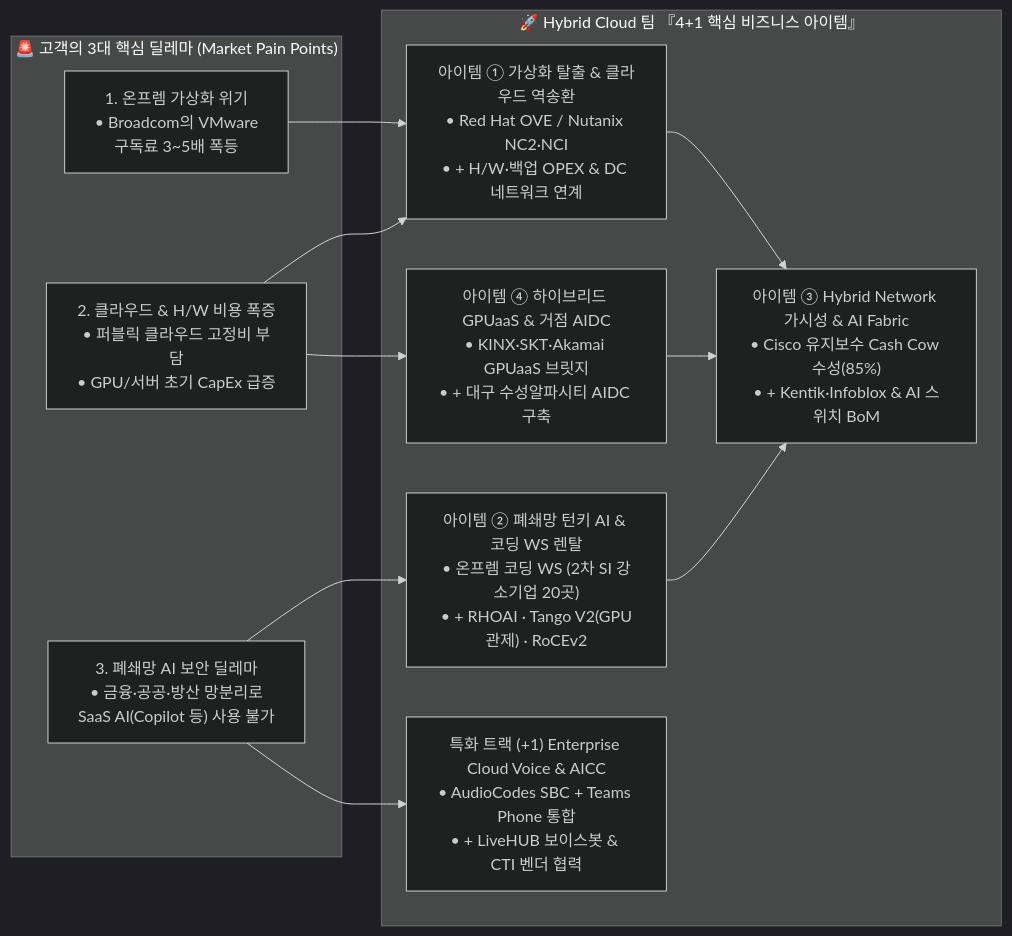
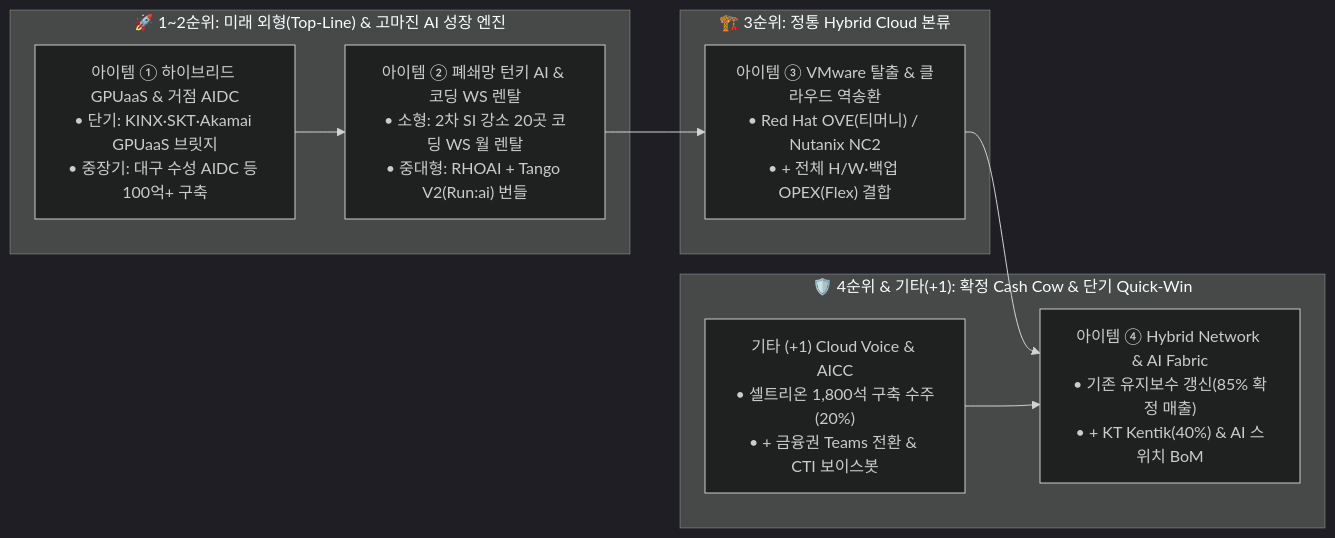
One commit to kesperinc/aifullstack_issu changed the diagram in docs/akamai_ncp/proposal/HYBRID_CLOUD_BUSINESS_PLAN_EXECUTIVE_4PLUS1.md. Above: the diagram before and after it, drawn with Mermaid (dark theme). The commit also changed other lines of this file and 5 other files, not shown here.

Commit message:
docs(proposal): reorder 4+1 flagship items (GPUaaS/AIDC -> Air-Gap AI -> VMware Exit -> Network -> Cloud Voice) with 3-Layer J-Curve forecast

````diff
--- a/docs/akamai_ncp/proposal/HYBRID_CLOUD_BUSINESS_PLAN_EXECUTIVE_4PLUS1.md
+++ b/docs/akamai_ncp/proposal/HYBRID_CLOUD_BUSINESS_PLAN_EXECUTIVE_4PLUS1.md
@@ -11,21 +18,19 @@
 ```mermaid
 flowchart LR
-    subgraph Pain["🚨 고객의 3대 핵심 딜레마 (Market Pain Points)"]
-        P1["1. 온프렘 가상화 위기<br/>• Broadcom의 VMware<br/>  구독료 3~5배 폭등"]
-        P2["2. 클라우드 & H/W 비용 폭증<br/>• 퍼블릭 클라우드 고정비 부담<br/>• GPU/서버 초기 CapEx 급증"]
-        P3["3. 폐쇄망 AI 보안 딜레마<br/>• 금융·공공·방산 망분리로<br/>  SaaS AI(Copilot 등) 사용 불가"]
+    subgraph Engine["🚀 1~2순위: 미래 외형(Top-Line) & 고마진 AI 성장 엔진"]
+        I1["아이템 ① 하이브리드 GPUaaS & 거점 AIDC<br/>• 단기: KINX·SKT·Akamai GPUaaS 브릿지<br/>• 중장기: 대구 수성 AIDC 등 100억+ 구축"]
+        I2["아이템 ② 폐쇄망 턴키 AI & 코딩 WS 렌탈<br/>• 소형: 2차 SI 강소 20곳 코딩 WS 월 렌탈<br/>• 중대형: RHOAI + Tango V2(Run:ai) 번들"]
     end
 
-    subgraph Flagship["🚀 Hybrid Cloud 팀 『4+1 핵심 비즈니스 아이템』"]
-        F1["아이템 ① 가상화 탈출 & 클라우드 역송환<br/>• Red Hat OVE / Nutanix NC2·NCI<br/>• + H/W·백업 OPEX & DC 네트워크 연계"]
-        F2["아이템 ② 폐쇄망 턴키 AI & 코딩 WS 렌탈<br/>• 온프렘 코딩 WS (2차 SI 강소기업 20곳)<br/>• + RHOAI · Tango V2(GPU관제) · RoCEv2"]
-        F3["아이템 ③ Hybrid Network 가시성 & AI Fabric<br/>• Cisco 유지보수 Cash Cow 수성(85%)<br/>• + Kentik·Infoblox & AI 스위치 BoM"]
-        F4["아이템 ④ 하이브리드 GPUaaS & 거점 AIDC<br/>• KINX·SKT·Akamai GPUaaS 브릿지<br/>• + 대구 수성알파시티 AIDC 구축"]
-        F5["특화 트랙 (+1) Enterprise Cloud Voice & AICC<br/>• AudioCodes SBC + Teams Phone 통합<br/>• + LiveHUB 보이스봇 & CTI 벤더 협력"]
+    subgraph Core["🏗️ 3순위: 정통 Hybrid Cloud 본류"]
+        I3["아이템 ③ VMware 탈출 & 클라우드 역송환<br/>• Red Hat OVE(티머니) / Nutanix NC2<br/>• + 전체 H/W·백업 OPEX(Flex) 결합"]
     end
 
-    P1 --> F1
-    P2 --> F1 & F4
-    P3 --> F2 & F5
-    F1 & F2 & F4 --> F3
+    subgraph Base["🛡️ 4순위 & 기타(+1): 확정 Cash Cow & 단기 Quick-Win"]
+        I4["아이템 ④ Hybrid Network & AI Fabric<br/>• 기존 유지보수 갱신(85% 확정 매출)<br/>• + KT Kentik(40%) & AI 스위치 BoM"]
+        I5["기타 (+1) Cloud Voice & AICC<br/>• 셀트리온 1,800석 구축 수주(20%)<br/>• + 금융권 Teams 전환 & CTI 보이스봇"]
+    end
+
+    I1 --> I2 --> I3 --> I4
+    I5 --> I4
 ```
````
